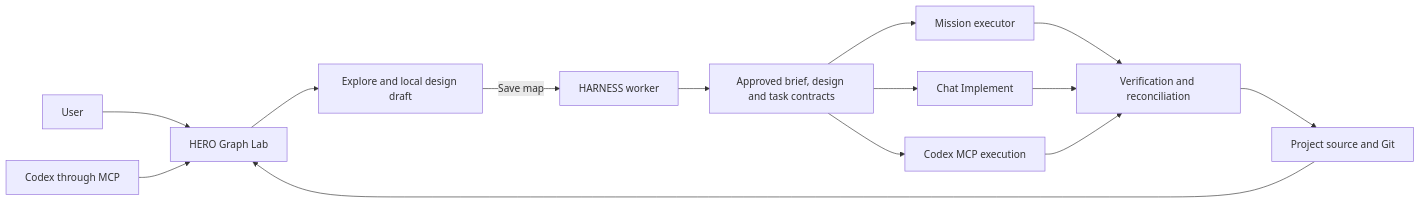
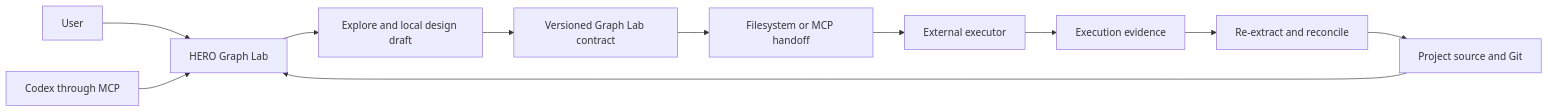
Before and after one commit to mikelval82/hero-graph-lab: the diagram in README.md, drawn with Mermaid. The commit also changed other lines of this file and 18 other files, not shown here.

Commit message:
feat: decouple graph lab from executor runtime

````diff
--- a/README.md
+++ b/README.md
@@ -60,16 +57,13 @@
 ```mermaid
 flowchart LR
     User[User] --> GraphLab[HERO Graph Lab]
     Codex[Codex through MCP] --> GraphLab
     GraphLab --> Draft[Explore and local design draft]
-    Draft -->|Save map| Worker[HARNESS worker]
-    Worker --> Contract[Approved brief, design and task contracts]
-    Contract --> Mission[Mission executor]
-    Contract --> Chat[Chat Implement]
-    Contract --> MCP[Codex MCP execution]
-    Mission --> Verify[Verification and reconciliation]
-    Chat --> Verify
-    MCP --> Verify
+    Draft --> Contract[Versioned Graph Lab contract]
+    Contract --> Handoff[Filesystem or MCP handoff]
+    Handoff --> Executor[External executor]
+    Executor --> Evidence[Execution evidence]
+    Evidence --> Verify[Re-extract and reconcile]
     Verify --> Project[Project source and Git]
     Project --> GraphLab
 ```
````
